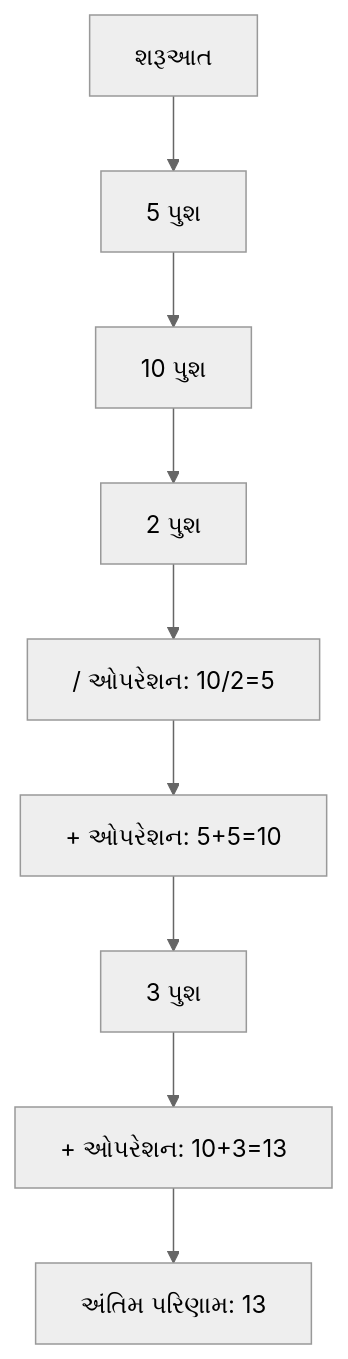
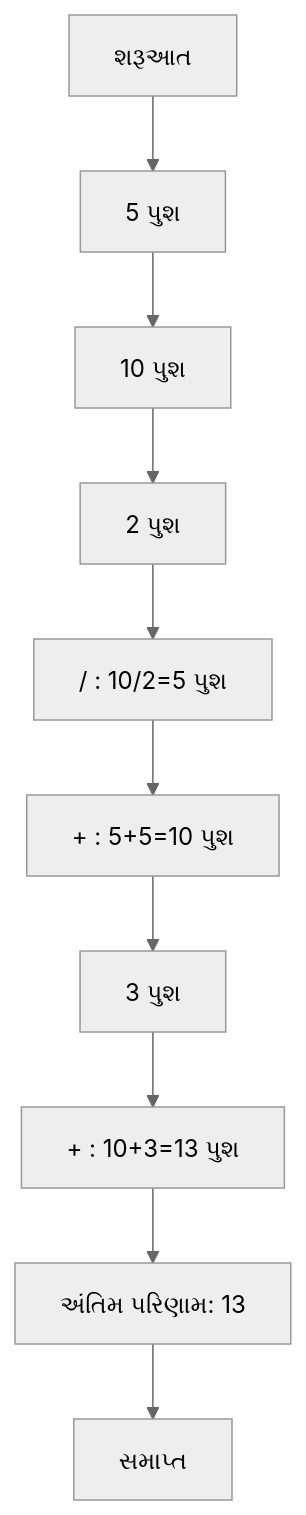
One commit to milavdabgar/Data-Structures changed diagram 13 of 45 in GTU Paper Solution in Gujarati.md. Above: the diagram before and after it, drawn with Mermaid (neutral theme). The commit also changed other lines of this file and 1 other file, not shown here.

````diff
--- a/GTU Paper Solution in Gujarati.md
+++ b/GTU Paper Solution in Gujarati.md
@@ -591,11 +627,12 @@
-   ```mermaid
-   graph TD
-      A[શરૂઆત] --> B[5 પુશ]
-      B --> C[10 પુશ]
-      C --> D[2 પુશ]
-      D --> E["/ ઓપરેશન: 10/2=5"]
-      E --> F[+ ઓપરેશન: 5+5=10]
-      F --> G[3 પુશ]
-      G --> H[+ ઓપરેશન: 10+3=13]
-      H --> I[અંતિમ પરિણામ: 13]
-   ```
+```mermaid
+graph TD
+    A[શરૂઆત] --> B[5 પુશ]
+    B --> C[10 પુશ]
+    C --> D[2 પુશ]
+    D --> E["/ : 10/2=5 પુશ"]
+    E --> F["+ : 5+5=10 પુશ"]
+    F --> G[3 પુશ]
+    G --> H["+ : 10+3=13 પુશ"]
+    H --> I[અંતિમ પરિણામ: 13]
+    I --> J[સમાપ્ત]
+```
````
